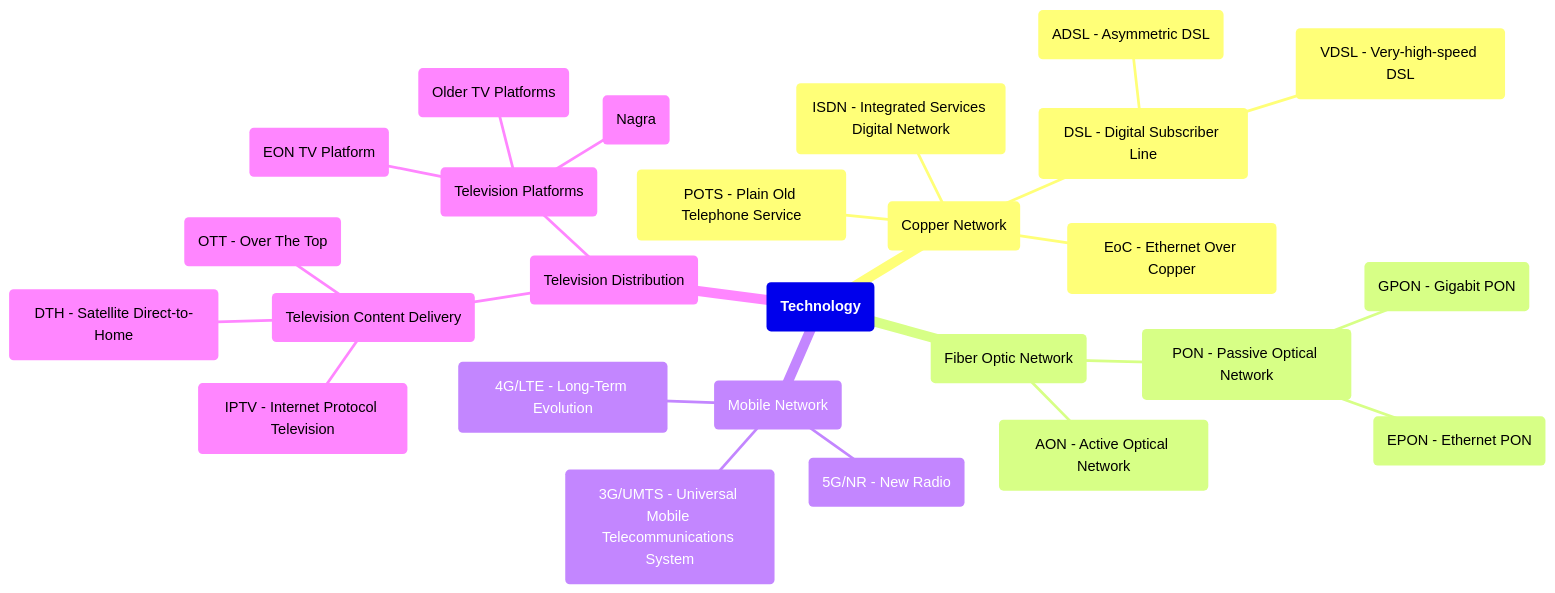
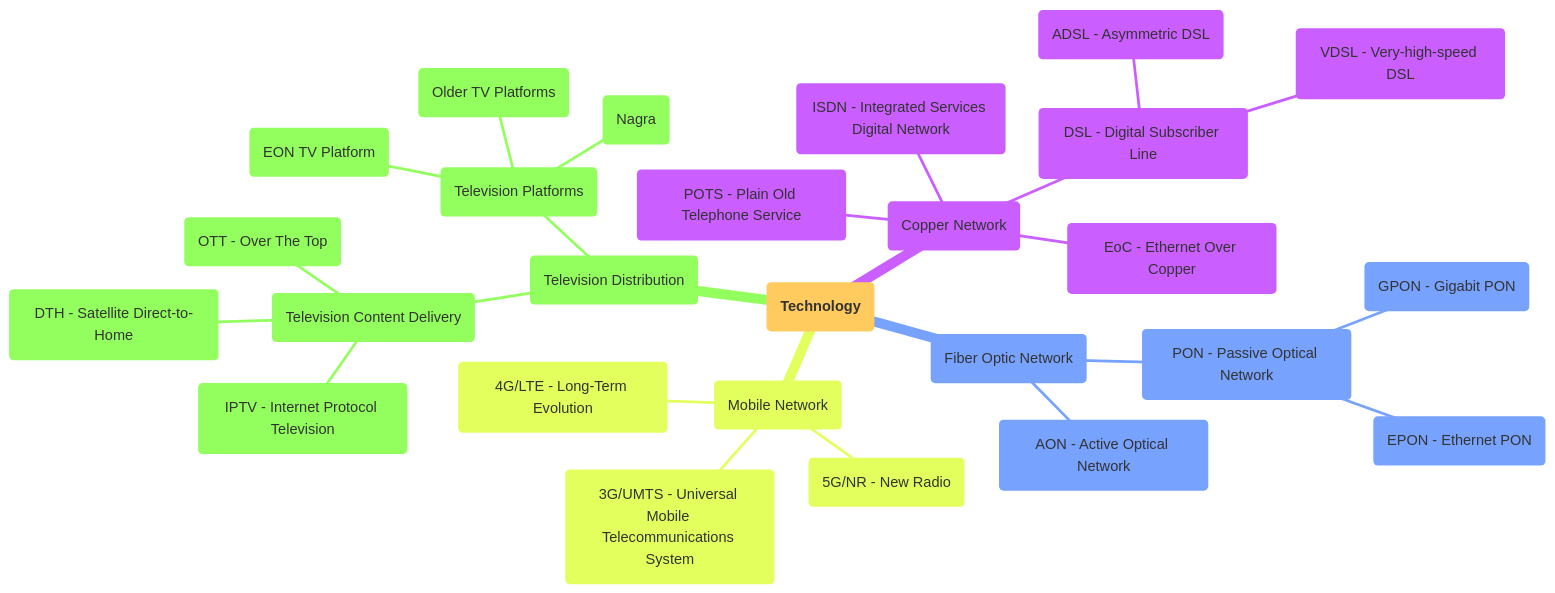
One commit to philip-mohsen/telecom changed the first of 4 diagrams in docs/mindmaps.md. Above: the diagram before and after it, drawn with Mermaid. The commit also changed other lines of this file, not shown here.

Commit message:
Added mermaid theme settings

````diff
--- a/docs/mindmaps.md
+++ b/docs/mindmaps.md
@@ -12,29 +13,35 @@
 ```mermaid
+%%{
+    init:{
+        'theme': 'base',
+        'themeVariables': {'background': '#fff'}
+    }
+}%%
 mindmap
 (**Technology**)
     (Copper Network)
         (POTS - Plain Old Telephone Service)
         (DSL - Digital Subscriber Line)
             (ADSL - Asymmetric DSL)
             (VDSL - Very-high-speed DSL)
         (ISDN - Integrated Services Digital Network)
         (EoC - Ethernet Over Copper)
     (Fiber Optic Network)
         (AON - Active Optical Network)
         (PON - Passive Optical Network)
             (EPON - Ethernet PON)
             (GPON - Gigabit PON)
     (Mobile Network)
         (3G/UMTS - Universal Mobile Telecommunications System)
         (4G/LTE - Long-Term Evolution)
         (5G/NR - New Radio)
     (Television Distribution)
         (Television Content Delivery)
             (IPTV - Internet Protocol Television)
             (DTH - Satellite Direct-to-Home)
             (OTT - Over The Top)
         (Television Platforms)
             (EON TV Platform)
             (Nagra)
             (Older TV Platforms)
 ```
````
